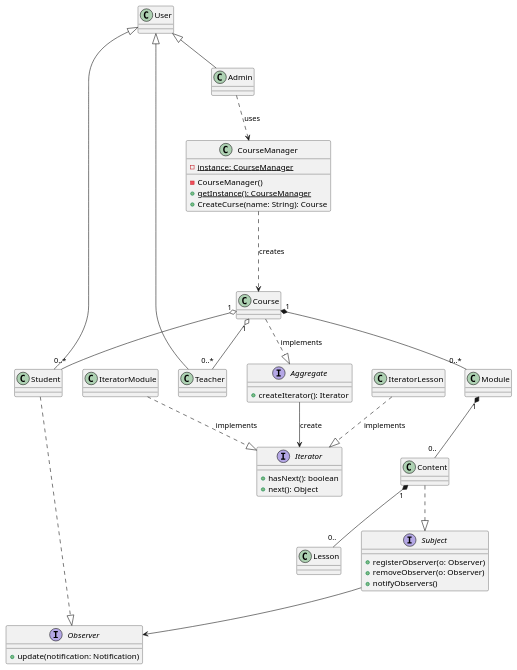
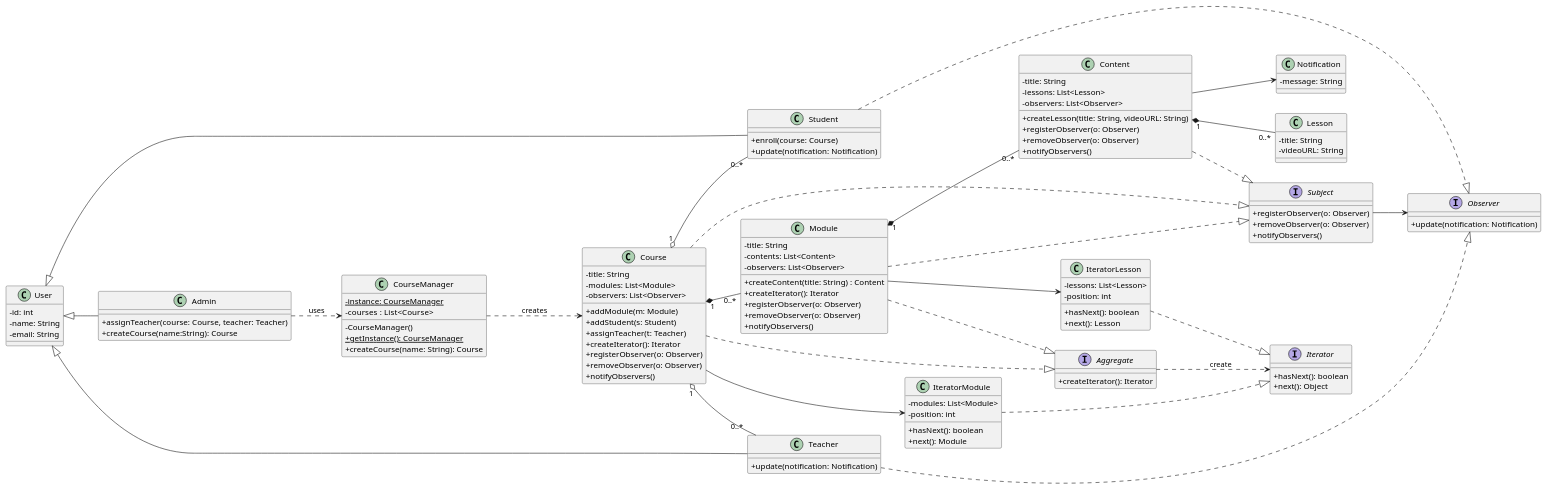
Before and after one commit to Smithzz24/CursosVirtuales: the diagram in diagramaClases.puml, drawn with PlantUML. The commit also changed 2 other files, not shown here.

Commit message:
Acutliza diagrama

```diff
--- a/diagramaClases.puml
+++ b/diagramaClases.puml
@@ -1,112 +1,159 @@
 @startuml CursoVirtual
+ left to right direction
+ skinparam packageStyle rectangle
+skinparam classAttributeIconSize 0
+
 Class User{
-    
+    -id: int
+    -name: String
+    -email: String
 }
+
 Class Student{
-
+    +enroll(course: Course)
+    +update(notification: Notification)
 }
 
 class Admin{
-
+    +assignTeacher(course: Course, teacher: Teacher)
+    +createCourse(name:String): Course
 }
 
 Class Course{
+    -title: String
+    -modules: List<Module>
+    +addModule(m: Module)
+    +addStudent(s: Student)
+    +assignTeacher(t: Teacher)
+    +createIterator(): Iterator
+    -observers: List<Observer>
+    +registerObserver(o: Observer)
+    +removeObserver(o: Observer)
+    +notifyObservers()
 
 }
 
 Class Module{
-
+    -title: String
+    -contents: List<Content>
+    -observers: List<Observer>
+    +createContent(title: String) : Content
+    +createIterator(): Iterator
+    +registerObserver(o: Observer)
+    +removeObserver(o: Observer)
+    +notifyObservers()
 }
 
 Class Lesson{
-
+    -title: String
+    -videoURL: String
 }
 
 Class Content{
-
+    -title: String
+    -lessons: List<Lesson>
+    -observers: List<Observer>
+    +createLesson(title: String, videoURL: String)
+    +registerObserver(o: Observer)
+    +removeObserver(o: Observer)
+    +notifyObservers()
 }
 
 Class Teacher{
-
++update(notification: Notification)
 }
 
-
-''Patron Observer
+''Patron observer lo estudiantes y profesores son los observadores y el contenido, modulo y curso son los sujetos el cual cambia o se actuliza. Cada actulizacion o cambio se les notifica a los observadores, los estudiantes en este caso. El sujeto tiene la lista de observadores y  los metodos. Ademas el observador implementa el metodo update para las notificaciones. El mensaje se encapsula en la clase notificacion, la cual se pasa al metodo update y se  muestra al estudiante. Al estudiante se le notifica si hay nuevo contenido o una nueva leccion y al profesor que ha sido asignado a un curso''
+Class Notification{
+    -message: String
+}
 Interface Observer{
     +update(notification: Notification)
-
 }
 
 Interface Subject{
     +registerObserver(o: Observer)
     +removeObserver(o: Observer)
     +notifyObservers()
-
 }
 
-'' Patron Iterator
+''iterador: se crea una interfaz iterador con los metodos hasNext y next. Luego se crean dos clases iterador, uno para los modulos y otro para las lecciones. Cada clase iterador tiene una lista de los elementos a iterar y una posicion actual. El metodo hasNext verifica si hay mas elementos por iterar y el metodo next devuelve el siguiente elemento y avanza la posicion. Las clases curso y modulo implementan la interfaz aggregate, la cual tiene un metodo createIterator que devuelve un iterador para sus respectivos elementos (modulos o lecciones).''
 interface Iterator{
     +hasNext(): boolean
     +next(): Object
-
 }
 
 Class IteratorModule{
-
-
+    -modules: List<Module>
+    -position: int
+    +hasNext(): boolean
+    +next(): Module
 }
 
 class IteratorLesson{
-
+    -lessons: List<Lesson>
+    -position: int
+    +hasNext(): boolean
+    +next(): Lesson
 }
 
 Interface Aggregate{
     +createIterator(): Iterator
-
 }
 
-
-'' Singleton
+'' Patron Singleton: Se crea una estancia unica para poder crear cursos desde el Admin. Debe tener una variable statica para almacenar la instancia unica, un constructor privado y un metodo estatico para poder accerder a la instancia y crear los cursos.''
 Class CourseManager{
     -instance: CourseManager {static}
+    -courses :  List<Course>
     -CourseManager()
     +getInstance(): CourseManager {static}
-    +CreateCurse(name: String): Course
-    
+    +createCourse(name: String): Course
 }
 
-
-
-
-
-
-
-'' Relaciones
-User <|-- Student
+''Herencia
+User <|-- Student 
 User <|-- Teacher
 User <|-- Admin
+
+''composicion
 Course "1" *-- "0..*" Module
-Module "1" *-- "0.." Content
-Content "1" *-- "0.." Lesson
+Module "1" *-- "0..*" Content
+Content "1" *-- "0..*" Lesson
+
+''Agregacion
 Course "1" o-- "0..*" Teacher
 Course "1" o-- "0..*" Student
 
 '' Patron Iterator
-Aggregate -->  Iterator :create
-Course ..|> Aggregate  : implements
-IteratorModule ..|> Iterator : implements
-IteratorLesson ..|> Iterator : implements
+''dependencia
+Aggregate ..> Iterator : create
+''implementacion
+Course ..|> Aggregate
+Module ..|> Aggregate
+IteratorModule ..|> Iterator
+IteratorLesson ..|> Iterator
 
 
+''dependencia debil
+Course --> IteratorModule
+Module --> IteratorLesson
+
 '' Patron Observer
+''implementacion
 Student ..|> Observer
 Content ..|> Subject
+Teacher ..|> Observer
+Course ..|> Subject
+Module ..|> Subject
+
+
+''asociacion
 Subject --> Observer
+Content --> Notification
 
-''patron Singleton
+'' Patron Singleton
+''dependencia
 CourseManager ...> Course : creates
 Admin ..> CourseManager : uses
 
-
-
 @enduml
```
